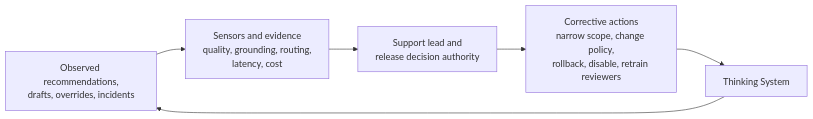
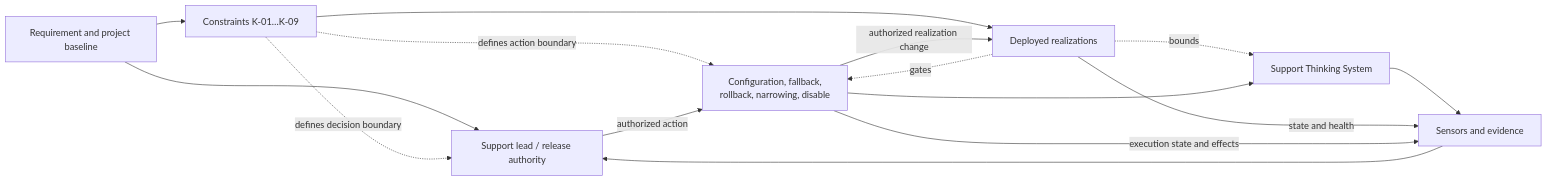
Before and after one commit to UncertaintyArchitectureGroup/uncertainty-architecture: the second of 2 diagrams in 03-reference-architectures/worked-thinking-system-review-support-triage.md, drawn with Mermaid. The commit also changed other lines of this file, not shown here.

Commit message:
docs: migrate worked review to canonical constraint realization map

````diff
--- a/03-reference-architectures/worked-thinking-system-review-support-triage.md
+++ b/03-reference-architectures/worked-thinking-system-review-support-triage.md
@@ -244,10 +243,25 @@
 ```mermaid
 flowchart LR
-    O[Observed recommendations,<br/>drafts, overrides, incidents]
-    S[Sensors and evidence<br/>quality, grounding, routing,<br/>latency, cost]
-    C[Support lead and<br/>release decision authority]
-    A[Corrective actions<br/>narrow scope, change policy,<br/>rollback, disable, retrain reviewers]
-    TS[Thinking System]
+    R[Requirement and project baseline]
+    K[Constraints K-01…K-09]
+    KR[Deployed realizations]
+    P[Support Thinking System]
+    S[Sensors and evidence]
+    C[Support lead / release authority]
+    A[Configuration, fallback,<br/>rollback, narrowing, disable]
 
-    TS --> O --> S --> C --> A --> TS
+    R --> C
+    R --> K
+    K --> KR
+    K -. defines decision boundary .-> C
+    K -. defines action boundary .-> A
+    KR -. bounds .-> P
+    KR -. gates .-> A
+    P --> S
+    KR -->|state and health| S
+    A -->|execution state and effects| S
+    S --> C
+    C -->|authorized action| A
+    A --> P
+    A -->|authorized realization change| KR
 ```
````
